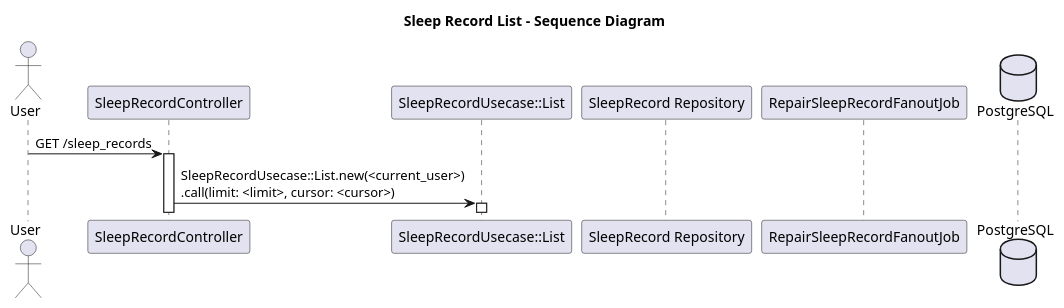
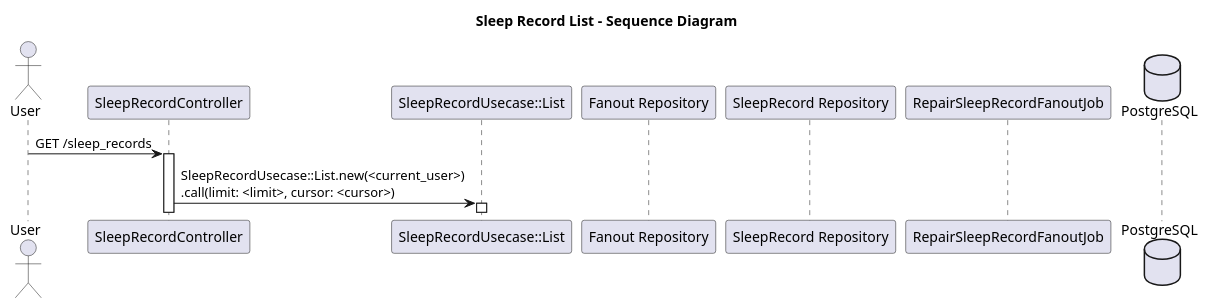
Before and after one commit to wisnuaga/good-night: the diagram in docs/diagram/SleepRecordList.plantuml, drawn with PlantUML.

Commit message:
list: add fanout repository

```diff
--- a/docs/diagram/SleepRecordList.plantuml
+++ b/docs/diagram/SleepRecordList.plantuml
@@ -1,18 +1,19 @@
 @startuml SleepRecordList
 title Sleep Record List - Sequence Diagram
 
 ' Define actors and components
 actor User
 participant "SleepRecordController" as Controller
 participant "SleepRecordUsecase::List" as Usecase
+participant "Fanout Repository" as FanoutRepository
 participant "SleepRecord Repository" as SleepRecordRepository
 participant "RepairSleepRecordFanoutJob" as Job
 database "PostgreSQL" as DB
 
 User -> Controller: GET /sleep_records
 activate Controller
 
 Controller -> Usecase: SleepRecordUsecase::List.new(<current_user>)\n.call(limit: <limit>, cursor: <cursor>)
 activate Usecase
 
 @enduml
```
